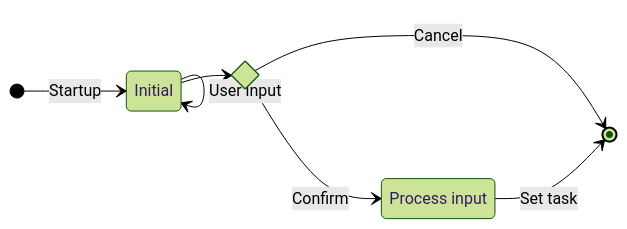
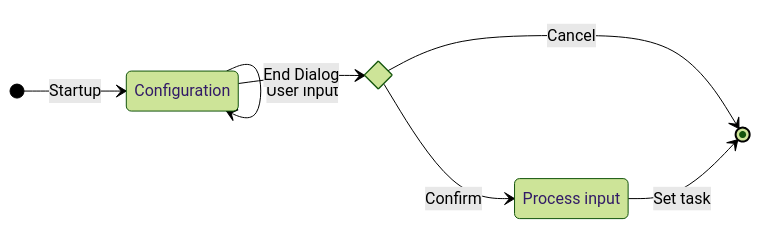
Before and after one commit to chris234567/Dell-Night-Light: the third of 5 diagrams in README.md, drawn with Mermaid (forest theme). The commit also changed other lines of this file, not shown here.

Commit message:
Corrections for State- & Sequencediagrams

````diff
--- a/README.md
+++ b/README.md
@@ -160,16 +160,16 @@
 ```mermaid
     stateDiagram
         direction LR
 
-        state Initial
+        state Configuration
         state Decision <<choice>>
         state "Process input" as Processinput
 
-        [*] --> Initial : Startup
-        Initial --> Initial : User input
-        Initial --> Decision
+        [*] --> Configuration : Startup
+        Configuration --> Configuration : User input
+        Configuration --> Decision : End Dialog
         Decision --> Processinput : Confirm
         Decision --> [*] : Cancel
         Processinput --> [*] : Set task
 
 ```
````
